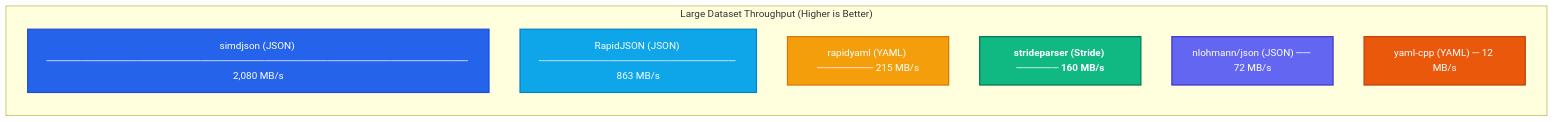
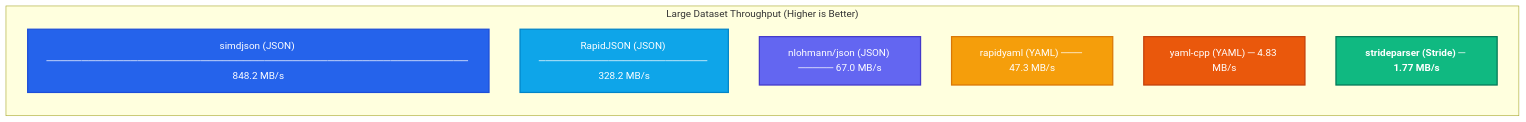
The third of 4 diagrams in doc/standalone_data_schema_validation.md (StrideLang/strideparser), drawn with Mermaid before and after one commit. The commit also changed other lines of this file, not shown here.

````diff
--- a/doc/standalone_data_schema_validation.md
+++ b/doc/standalone_data_schema_validation.md
@@ -338,19 +343,19 @@
 ```mermaid
 flowchart LR
     subgraph TP["Large Dataset Throughput (Higher is Better)"]
         direction TB
-        t1["simdjson (JSON) ──────────────────────────────────────────────────────────── 2,080 MB/s"]:::jsonSimd
-        t2["RapidJSON (JSON) ──────────────────────────── 863 MB/s"]:::jsonRapid
-        t3["rapidyaml (YAML) ──────── 215 MB/s"]:::yamlRyml
-        t4["strideparser (Stride) ────── 160 MB/s"]:::stride
-        t5["nlohmann/json (JSON) ── 72 MB/s"]:::jsonNloh
-        t6["yaml-cpp (YAML) ─ 12 MB/s"]:::yamlCpp
+        t1["simdjson (JSON) ──────────────────────────────────────────────────────────── 848.2 MB/s"]:::jsonSimd
+        t2["RapidJSON (JSON) ──────────────────────── 328.2 MB/s"]:::jsonRapid
+        t3["nlohmann/json (JSON) ───── 67.0 MB/s"]:::jsonNloh
+        t4["rapidyaml (YAML) ─── 47.3 MB/s"]:::yamlRyml
+        t5["yaml-cpp (YAML) ─ 4.83 MB/s"]:::yamlCpp
+        t6["strideparser (Stride) ─ 1.77 MB/s"]:::stride
     end
 
     classDef stride fill:#10b981,stroke:#047857,stroke-width:2px,color:#ffffff,font-weight:bold
     classDef jsonSimd fill:#2563eb,stroke:#1d4ed8,stroke-width:2px,color:#ffffff
     classDef jsonRapid fill:#0ea5e9,stroke:#0284c7,stroke-width:2px,color:#ffffff
     classDef jsonNloh fill:#6366f1,stroke:#4338ca,stroke-width:2px,color:#ffffff
     classDef yamlRyml fill:#f59e0b,stroke:#d97706,stroke-width:2px,color:#ffffff
     classDef yamlCpp fill:#ea580c,stroke:#c2410c,stroke-width:2px,color:#ffffff
 ```
````
